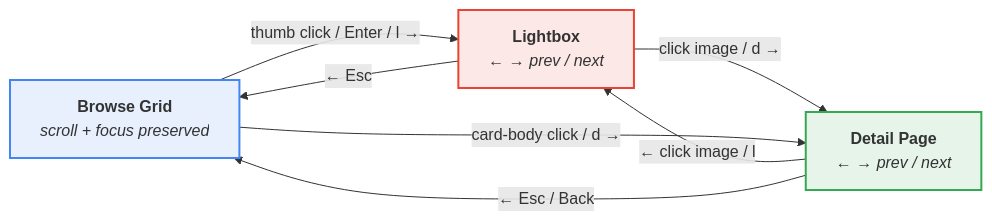
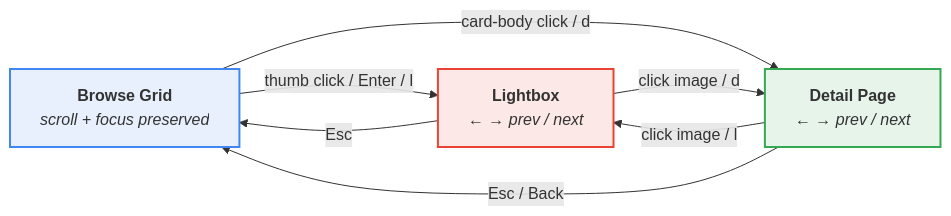
Before and after one commit to thoherr/simple-digital-asset-manager: the diagram in doc/manual/user-guide/06-web-ui.md, drawn with Mermaid.

Commit message:
Fix navigation diagram: remove arrow crossing and redundant direction markers

````diff
--- a/doc/manual/user-guide/06-web-ui.md
+++ b/doc/manual/user-guide/06-web-ui.md
@@ -180,17 +180,17 @@
 ```mermaid
 flowchart LR
     B["<b>Browse Grid</b><br><i>scroll + focus preserved</i>"]
     L["<b>Lightbox</b><br><i>← → prev / next</i>"]
     D["<b>Detail Page</b><br><i>← → prev / next</i>"]
 
-    B -- "thumb click / Enter / l →" --> L
-    L -- "← Esc" --> B
-    L -- "click image / d →" --> D
-    D -- "← click image / l" --> L
-    B -- "card-body click / d →" --> D
-    D -- "← Esc / Back" --> B
+    B -- "thumb click / Enter / l" --> L
+    L -- "Esc" --> B
+    B -- "card-body click / d" --> D
+    D -- "click image / l" --> L
+    L -- "click image / d" --> D
+    D -- "Esc / Back" --> B
 
     style B fill:#e8f0fe,stroke:#4285f4,stroke-width:2px
     style L fill:#fce8e6,stroke:#ea4335,stroke-width:2px
     style D fill:#e6f4ea,stroke:#34a853,stroke-width:2px
 ```
````
